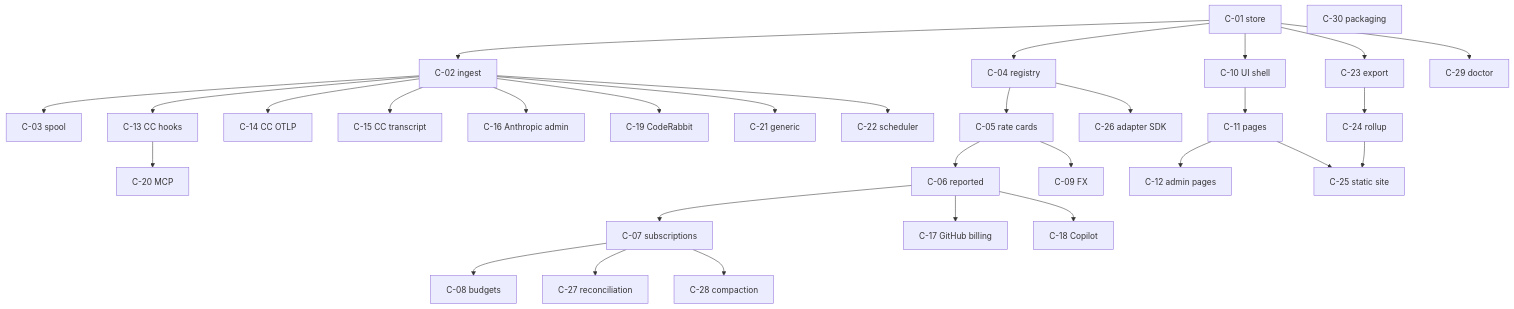
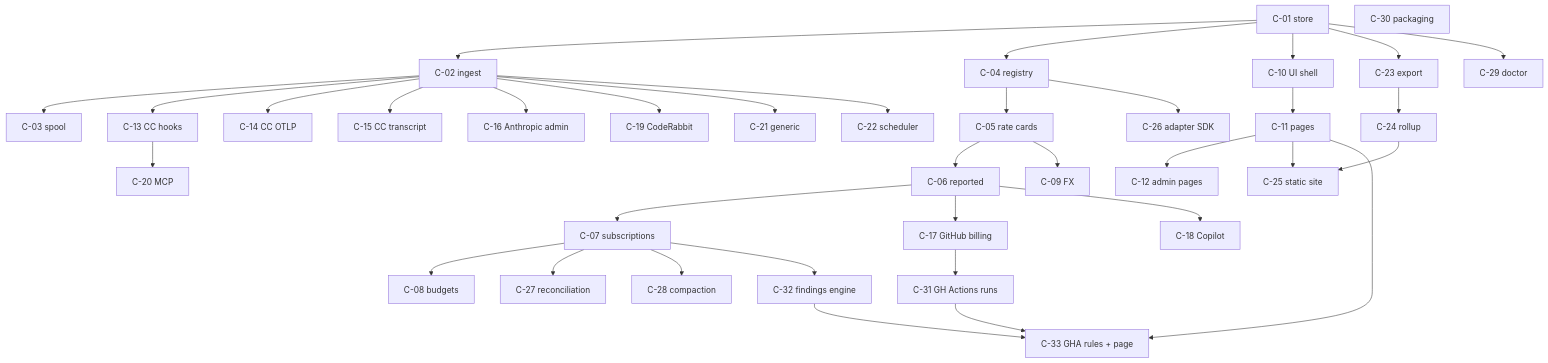
Before and after one commit to newellnarco/SpendTracker: the diagram in docs/02-delivery/CAPABILITIES.md, drawn with Mermaid. The commit also changed other lines of this file and 14 other files, not shown here.

````diff
--- a/docs/02-delivery/CAPABILITIES.md
+++ b/docs/02-delivery/CAPABILITIES.md
@@ -43,25 +46,30 @@
 ```mermaid
 flowchart TB
     C01[C-01 store] --> C02[C-02 ingest] --> C03[C-03 spool]
     C01 --> C04[C-04 registry] --> C05[C-05 rate cards]
     C05 --> C06[C-06 reported] --> C07[C-07 subscriptions]
     C07 --> C08[C-08 budgets]
     C05 --> C09[C-09 FX]
     C01 --> C10[C-10 UI shell] --> C11[C-11 pages] --> C12[C-12 admin pages]
     C02 --> C13[C-13 CC hooks] --> C20[C-20 MCP]
     C02 --> C14[C-14 CC OTLP]
     C02 --> C15[C-15 CC transcript]
     C02 --> C16[C-16 Anthropic admin]
     C06 --> C17[C-17 GitHub billing]
     C06 --> C18[C-18 Copilot]
     C02 --> C19[C-19 CodeRabbit]
     C02 --> C21[C-21 generic]
     C02 --> C22[C-22 scheduler]
     C01 --> C23[C-23 export] --> C24[C-24 rollup] --> C25[C-25 static site]
     C11 --> C25
     C04 --> C26[C-26 adapter SDK]
     C07 --> C27[C-27 reconciliation]
     C07 --> C28[C-28 compaction]
     C01 --> C29[C-29 doctor]
     C30[C-30 packaging]
+    C17 --> C31[C-31 GH Actions runs]
+    C07 --> C32[C-32 findings engine]
+    C31 --> C33[C-33 GHA rules + page]
+    C32 --> C33
+    C11 --> C33
 ```
````
